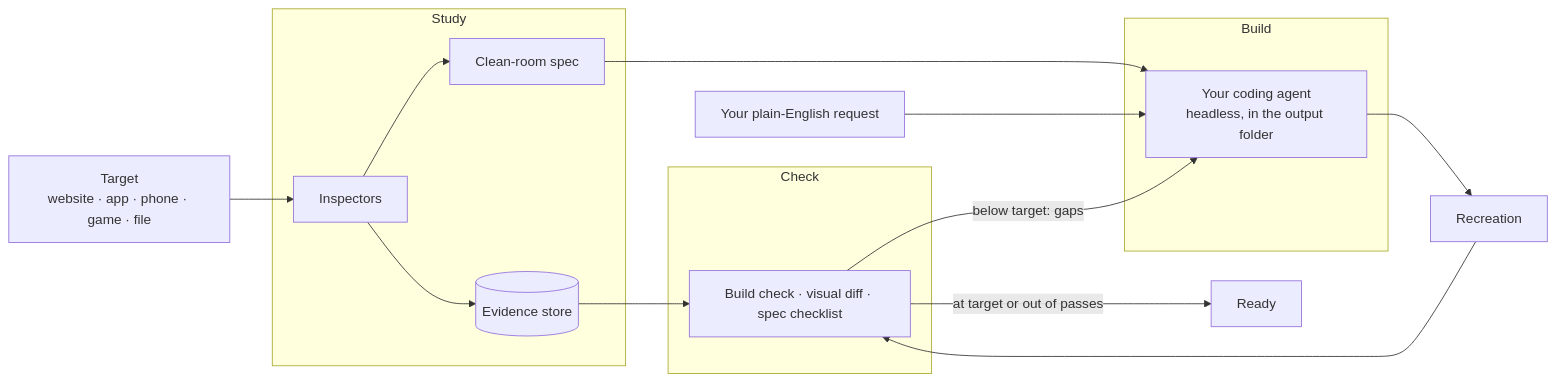
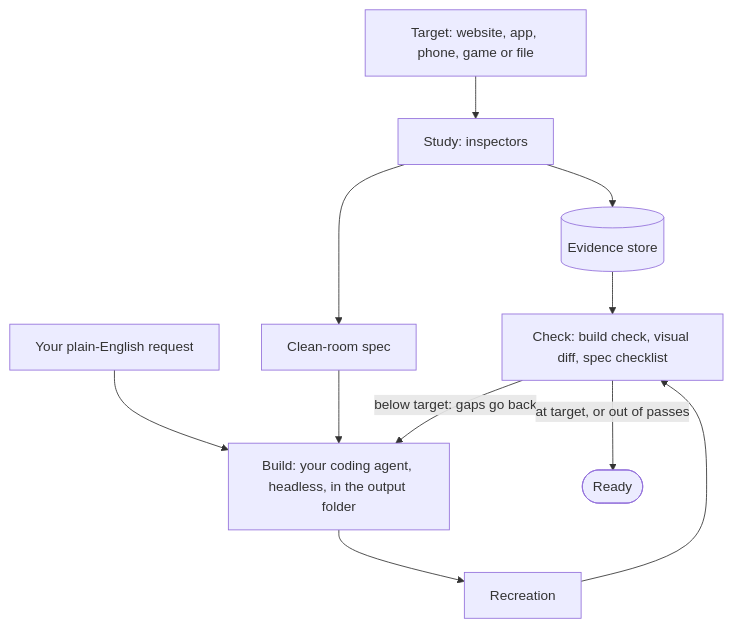
One commit to nodaysidle/nodaysidle-everything changed the diagram in README.md. Above: the diagram before and after it, drawn with Mermaid. The commit also changed other lines of this file and 1 other file, not shown here.

Commit message:
README: clean compare screenshot, vertical diagram, table header

````diff
--- a/README.md
+++ b/README.md
@@ -136,21 +136,13 @@
 ```mermaid
-flowchart LR
-    T[Target<br>website · app · phone · game · file] --> S
-    subgraph Study
-      S[Inspectors] --> E[(Evidence store)]
-      S --> SPEC[Clean-room spec]
-    end
-    SPEC --> B
+flowchart TD
+    T["Target: website, app, phone, game or file"] --> S[Study: inspectors]
+    S --> E[(Evidence store)]
+    S --> SPEC[Clean-room spec]
     P[Your plain-English request] --> B
-    subgraph Build
-      B[Your coding agent<br>headless, in the output folder]
-    end
+    SPEC --> B["Build: your coding agent, headless, in the output folder"]
     B --> O[Recreation]
-    O --> C
+    O --> C["Check: build check, visual diff, spec checklist"]
     E --> C
-    subgraph Check
-      C[Build check · visual diff · spec checklist]
-    end
-    C -- "below target: gaps" --> B
-    C -- "at target or out of passes" --> R[Ready]
+    C -- "below target: gaps go back" --> B
+    C -- "at target, or out of passes" --> R([Ready])
 ```
````
